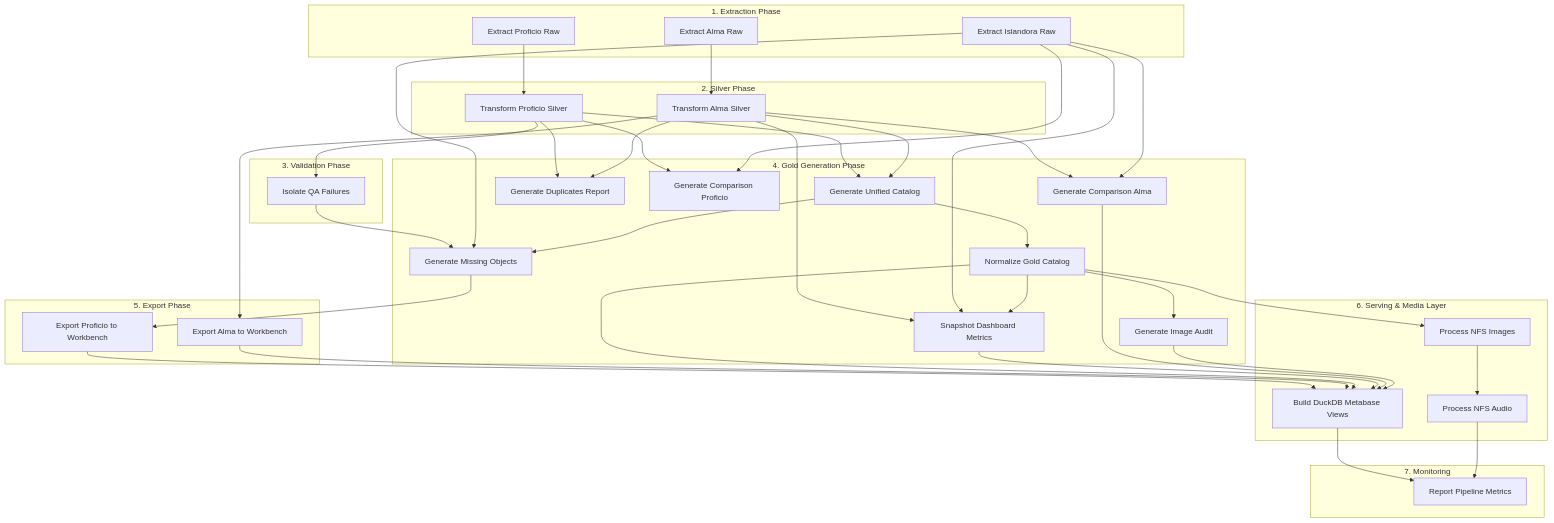
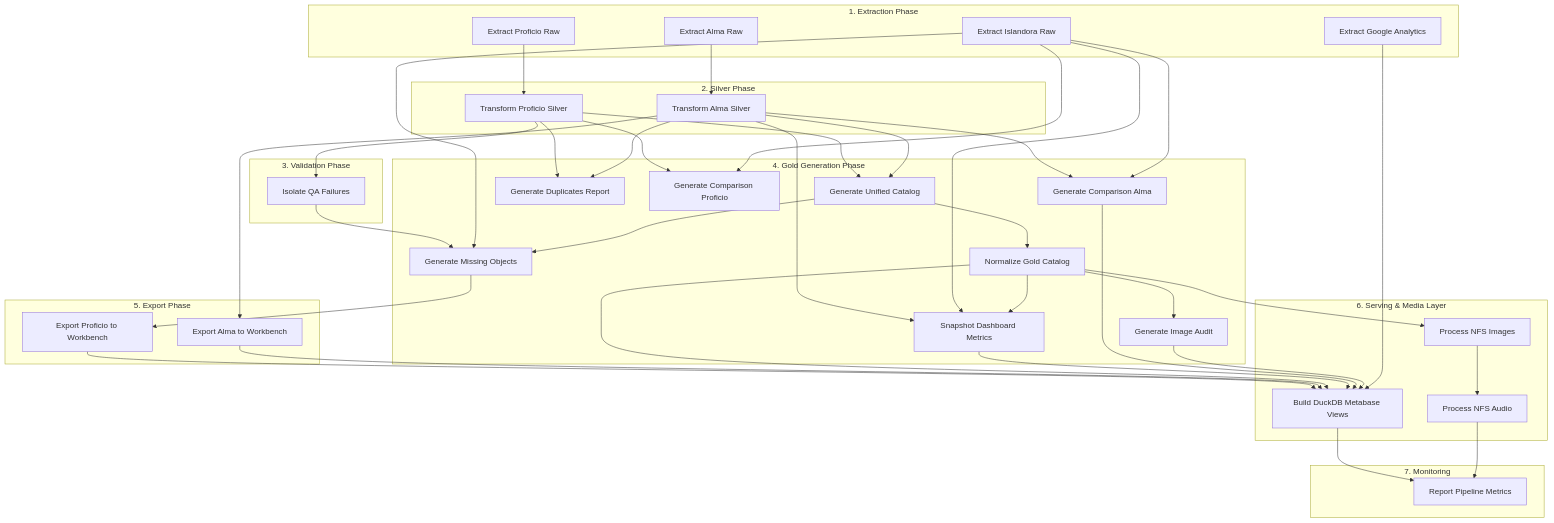
One commit to Andriusau/Wolfsonian-Lakehouse changed the diagram in README.md. Above: the diagram before and after it, drawn with Mermaid. The commit also changed other lines of this file, not shown here.

```diff
--- a/README.md
+++ b/README.md
@@ -92,6 +94,7 @@
         PR[Extract Proficio Raw]
         IR[Extract Islandora Raw]
         AR[Extract Alma Raw]
+        GA[Extract Google Analytics]
     end
 
     subgraph phase2 ["2. Silver Phase"]
@@ -160,6 +163,7 @@
         SM --> DB
         CA --> DB
         IA --> DB
+        GA --> DB
         
         NC --> PI
         PI --> PA
```
